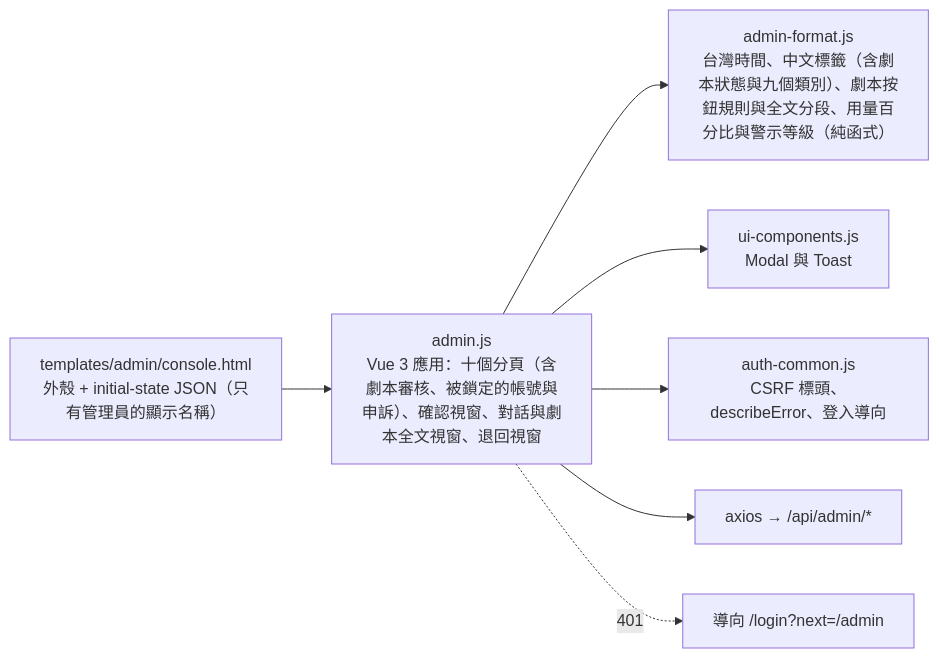
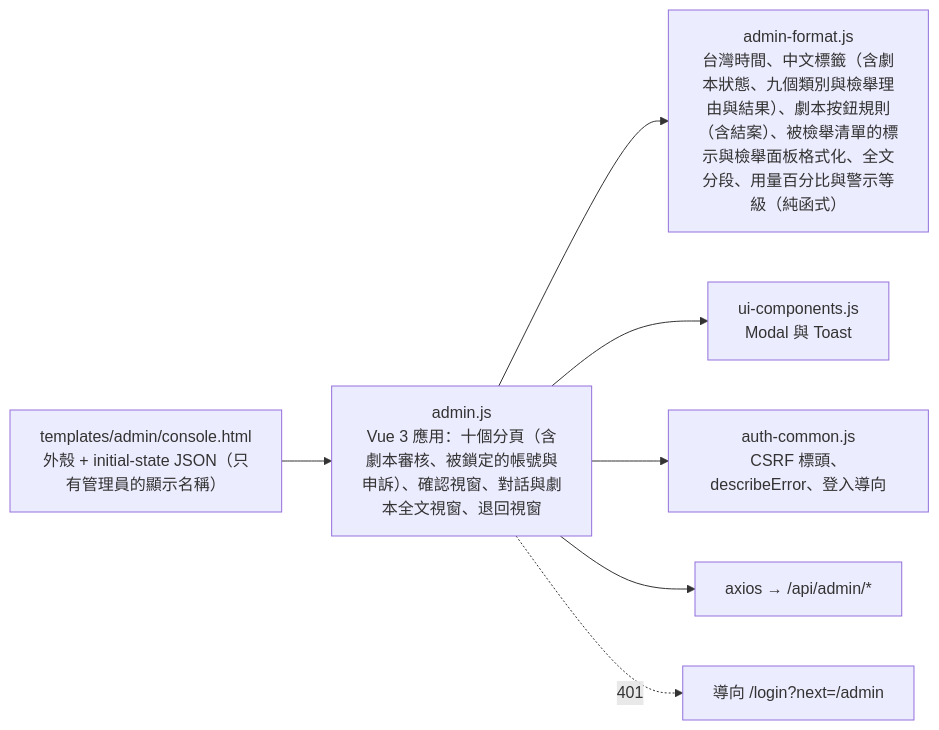
One commit to pp466pp466/R.A.C changed the third of 13 diagrams in docs/前端結構-frontend.md. Above: the diagram before and after it, drawn with Mermaid. The commit also changed other lines of this file and 32 other files, not shown here.

````diff
--- a/docs/前端結構-frontend.md
+++ b/docs/前端結構-frontend.md
@@ -81,10 +83,10 @@
 ```mermaid
 flowchart LR
     Html["templates/admin/console.html<br/>外殼 + initial-state JSON（只有管理員的顯示名稱）"] --> Admin
     Admin["admin.js<br/>Vue 3 應用：十個分頁（含劇本審核、被鎖定的帳號與申訴）、確認視窗、對話與劇本全文視窗、退回視窗"]
-    Admin --> Fmt["admin-format.js<br/>台灣時間、中文標籤（含劇本狀態與九個類別）、劇本按鈕規則與全文分段、用量百分比與警示等級（純函式）"]
+    Admin --> Fmt["admin-format.js<br/>台灣時間、中文標籤（含劇本狀態、九個類別與檢舉理由與結果）、劇本按鈕規則（含結案）、被檢舉清單的標示與檢舉面板格式化、全文分段、用量百分比與警示等級（純函式）"]
     Admin --> Ui["ui-components.js<br/>Modal 與 Toast"]
     Admin --> Common["auth-common.js<br/>CSRF 標頭、describeError、登入導向"]
     Admin --> Api["axios → /api/admin/*"]
     Admin -.->|"401"| Login["導向 /login?next=/admin"]
 ```
````
